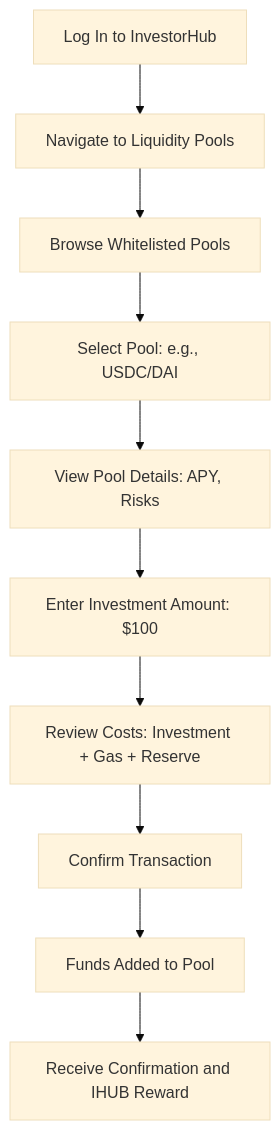
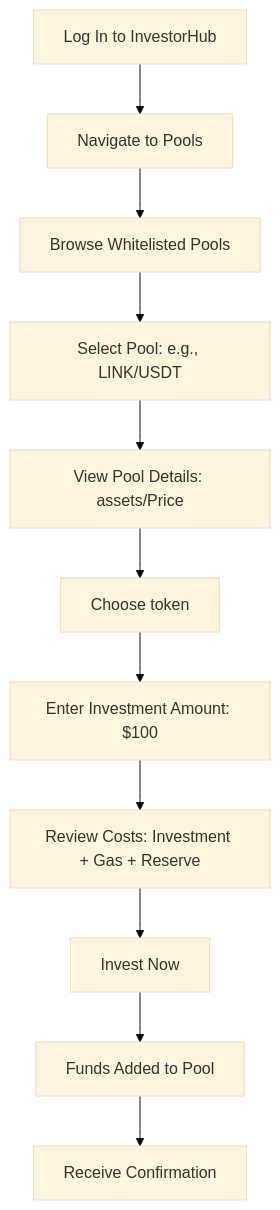
One commit to thomasdev5832/InvestorHub changed the third of 5 diagrams in PRD/InvestorHub-v1.md. Above: the diagram before and after it, drawn with Mermaid (base theme). The commit also changed other lines of this file, not shown here.

````diff
--- a/PRD/InvestorHub-v1.md
+++ b/PRD/InvestorHub-v1.md
@@ -141,12 +140,13 @@
 ```mermaid
 flowchart TD
-    A[Log In to InvestorHub] --> B[Navigate to Liquidity Pools]
+    A[Log In to InvestorHub] --> B[Navigate to Pools]
     B --> C[Browse Whitelisted Pools]
-    C --> D[Select Pool: e.g., USDC/DAI]
-    D --> E[View Pool Details: APY, Risks]
-    E --> F[Enter Investment Amount: $100]
-    F --> G[Review Costs: Investment + Gas + Reserve]
-    G --> H[Confirm Transaction]
-    H --> I[Funds Added to Pool]
-    I --> J[Receive Confirmation and IHUB Reward]
+    C --> D[Select Pool: e.g., LINK/USDT]
+    D --> E[View Pool Details: assets/Price]
+    E --> F[Choose token]
+    F --> G[Enter Investment Amount: $100]
+    G --> H[Review Costs: Investment + Gas + Reserve]
+    H --> I[Invest Now]
+    I --> J[Funds Added to Pool]
+    J --> K[Receive Confirmation]
 ```
````
